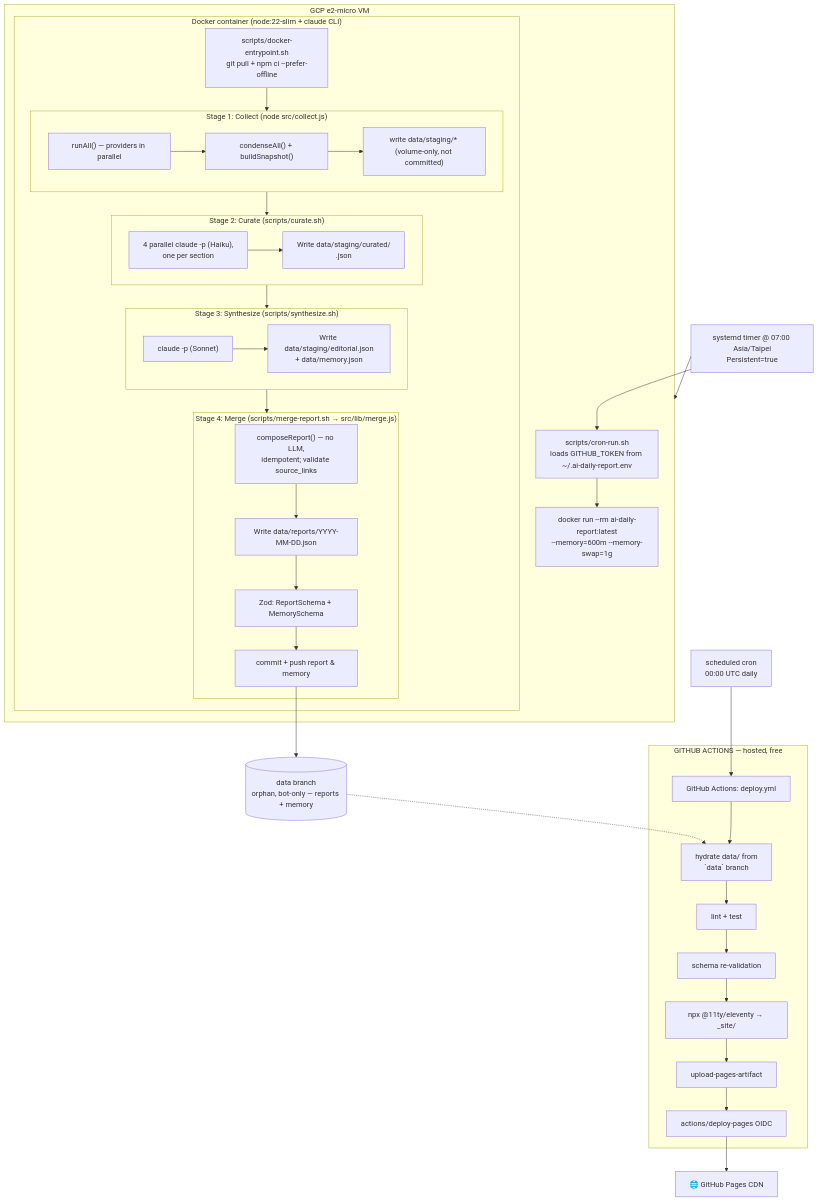
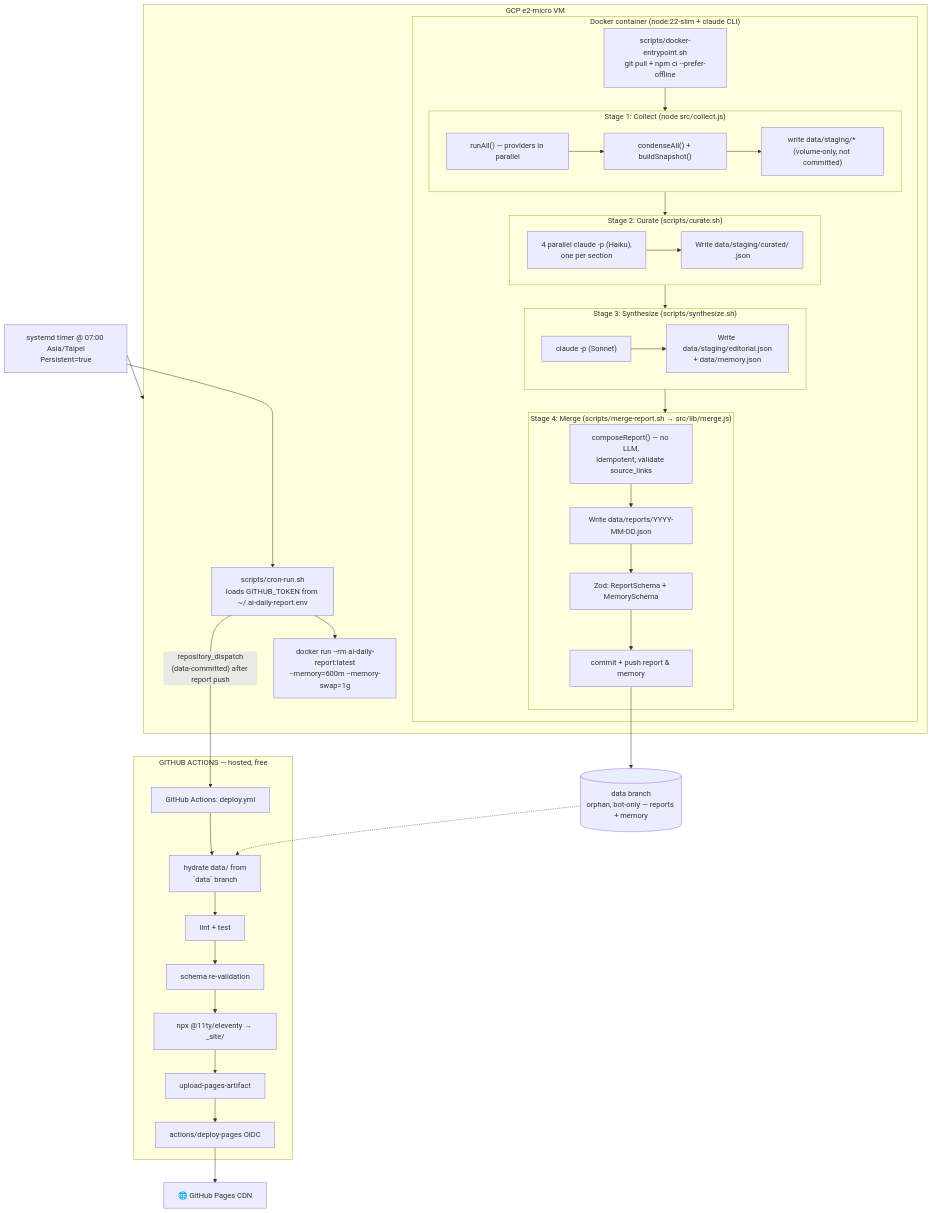
Before and after one commit to bolin8017/ai-daily-report: the first of 3 diagrams in docs/architecture.md, drawn with Mermaid. The commit also changed other lines of this file and 1 other file, not shown here.

First line of the commit message:
docs: event-driven deploy replaces cron schedule

````diff
--- a/docs/architecture.md
+++ b/docs/architecture.md
@@ -17,58 +17,58 @@
 ```mermaid
 flowchart TD
   Timer["systemd timer @ 07:00 Asia/Taipei<br/>Persistent=true"] --> Host
 
   subgraph Host["GCP e2-micro VM"]
     CronRun["scripts/cron-run.sh<br/>loads GITHUB_TOKEN from ~/.ai-daily-report.env"]
     CronRun --> Docker["docker run --rm ai-daily-report:latest<br/>--memory=600m --memory-swap=1g"]
 
     subgraph Container["Docker container (node:22-slim + claude CLI)"]
       Entry["scripts/docker-entrypoint.sh<br/>git pull + npm ci --prefer-offline"]
 
       subgraph Stage1["Stage 1: Collect (node src/collect.js)"]
         Fetch["runAll() — providers in parallel"]
         Fetch --> Condense["condenseAll() + buildSnapshot()"]
         Condense --> WriteStaging["write data/staging/* (volume-only, not committed)"]
       end
 
       subgraph Stage2["Stage 2: Curate (scripts/curate.sh)"]
         Curate["4 parallel claude -p (Haiku),<br/>one per section"]
         Curate --> WriteCurated["Write data/staging/curated/<section>.json"]
       end
 
       subgraph Stage3["Stage 3: Synthesize (scripts/synthesize.sh)"]
         Synth["claude -p (Sonnet)"]
         Synth --> WriteEditorial["Write data/staging/editorial.json\n+ data/memory.json"]
       end
 
       subgraph Stage4["Stage 4: Merge (scripts/merge-report.sh → src/lib/merge.js)"]
         Compose["composeReport() — no LLM,<br/>idempotent; validate source_links"]
         Compose --> WriteReport["Write data/reports/YYYY-MM-DD.json"]
         WriteReport --> Validate["Zod: ReportSchema + MemorySchema"]
         Validate --> CommitReport["commit + push report & memory"]
       end
 
       Entry --> Stage1
       Stage1 --> Stage2
       Stage2 --> Stage3
       Stage3 --> Stage4
     end
   end
 
   Timer --> CronRun
   CommitReport --> DataBranch[(data branch<br/>orphan, bot-only — reports + memory)]
 
-  GHACron[scheduled cron<br/>00:00 UTC daily] --> GHA[GitHub Actions: deploy.yml]
+  CronRun -->|"repository_dispatch<br/>(data-committed) after report push"| GHA[GitHub Actions: deploy.yml]
 
   subgraph GHACI["GITHUB ACTIONS — hosted, free"]
     GHA --> Hydrate[hydrate data/ from<br/>`data` branch]
     Hydrate --> Lint[lint + test]
     Lint --> RevValidate[schema re-validation]
     RevValidate --> Build[npx @11ty/eleventy → _site/]
     Build --> Upload[upload-pages-artifact]
     Upload --> Deploy[actions/deploy-pages OIDC]
   end
 
   DataBranch -.-> Hydrate
   Deploy --> Pages[🌐 GitHub Pages CDN]
 ```
````
